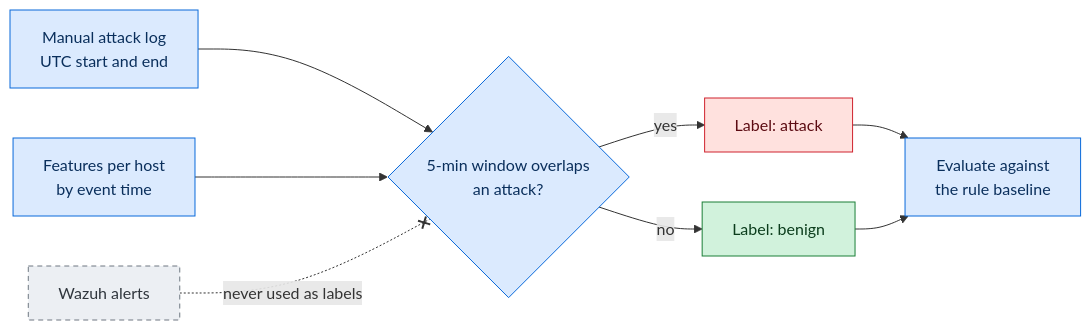
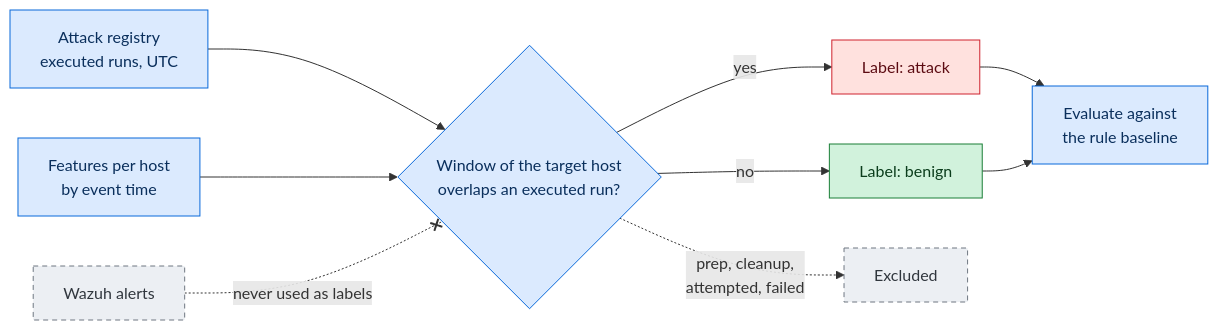
One commit to freddy-zapata/home-soc-ml changed the second of 2 diagrams in README.md. Above: the diagram before and after it, drawn with Mermaid. The commit also changed other lines of this file, not shown here.

Commit message:
docs: update README to the actual pipeline state (validated export and features, tests, registry v0.2)

````diff
--- a/README.md
+++ b/README.md
@@ -148,18 +154,19 @@
 ```mermaid
 flowchart LR
-  A["Manual attack log<br/>UTC start and end"] --> C{"5-min window overlaps<br/>an attack?"}
+  A["Attack registry<br/>executed runs, UTC"] --> C{"Window of the target host<br/>overlaps an executed run?"}
   B["Features per host<br/>by event time"] --> C
   C -- yes --> D["Label: attack"]
   C -- no --> Z["Label: benign"]
+  C -. "prep, cleanup,<br/>attempted, failed" .-> X["Excluded"]
   D --> F["Evaluate against<br/>the rule baseline"]
   Z --> F
   W["Wazuh alerts"] -. "never used as labels" .-x C
   classDef ok fill:#d1f2dc,stroke:#1a7f37,color:#0b3d1c
   classDef plan fill:#eceff3,stroke:#6e7781,color:#30363d,stroke-dasharray:5 4
   classDef atk fill:#ffe1de,stroke:#cf222e,color:#5c0b12
   classDef vic fill:#dbeafe,stroke:#0969da,color:#0a2f5c
   class A,B,C,F vic
   class D atk
   class Z ok
-  class W plan
+  class W,X plan
 ```
````
